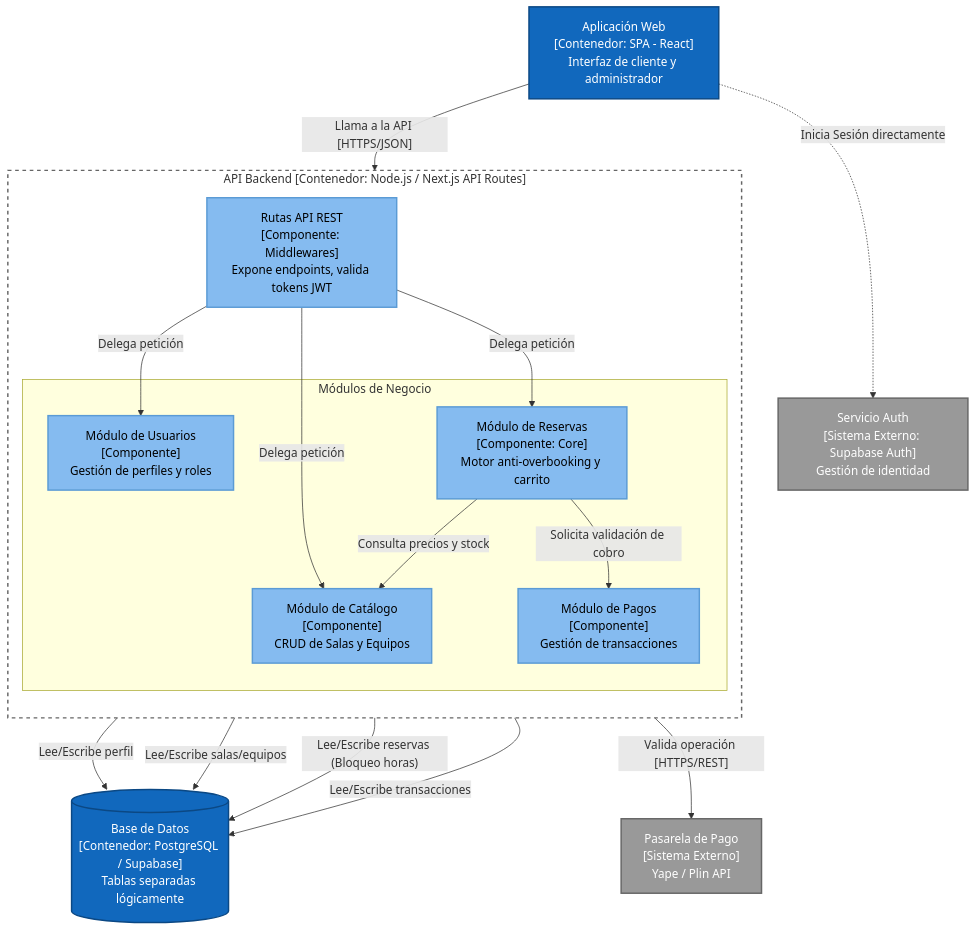
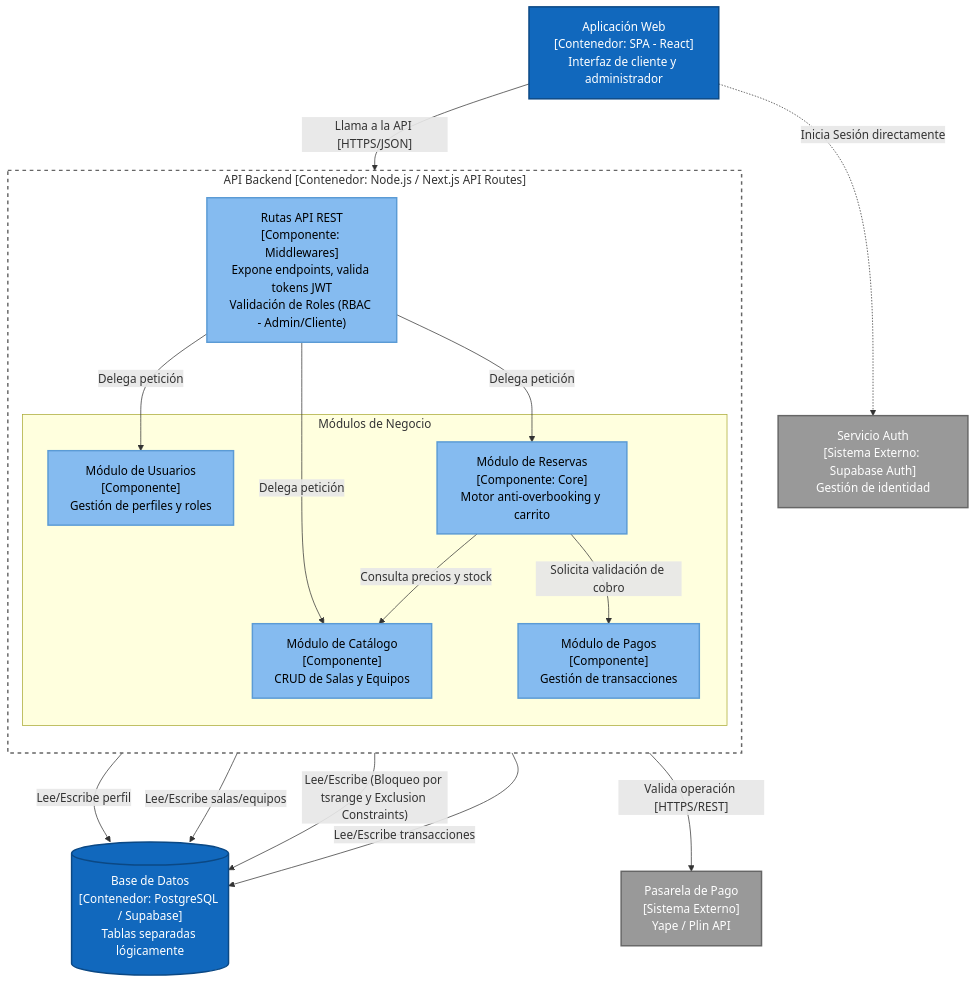
One commit to MancillaLui/app-reservas-salas-ayacucho changed the diagram in 04-modelo-c4/nivel_3_diagrama_de_componentes.md. Above: the diagram before and after it, drawn with Mermaid. The commit also changed other lines of this file and 18 other files, not shown here.

````diff
--- a/04-modelo-c4/nivel_3_diagrama_de_componentes.md
+++ b/04-modelo-c4/nivel_3_diagrama_de_componentes.md
@@ -25,57 +25,57 @@
 ```mermaid
 flowchart TD;
 
     %% Actores y Frontend
     Web["Aplicación Web\n[Contenedor: SPA - React]\nInterfaz de cliente y administrador"]
     
     %% Contenedor Detallado
     subgraph API_BACKEND ["API Backend [Contenedor: Node.js / Next.js API Routes]"]
         direction TB
         
-        Router["Rutas API REST\n[Componente: Middlewares]\nExpone endpoints, valida tokens JWT"]
+        Router["Rutas API REST\n[Componente: Middlewares]\nExpone endpoints, valida tokens JWT<br>Validación de Roles (RBAC - Admin/Cliente)"]
         
         subgraph Modulos ["Módulos de Negocio"]
             Usuarios["Módulo de Usuarios\n[Componente]\nGestión de perfiles y roles"]
             Catalogo["Módulo de Catálogo\n[Componente]\nCRUD de Salas y Equipos"]
             Reservas["Módulo de Reservas\n[Componente: Core]\nMotor anti-overbooking y carrito"]
             Pagos["Módulo de Pagos\n[Componente]\nGestión de transacciones"]
         end
     end
     
     %% Sistemas Externos y Base de Datos
     BD[("Base de Datos\n[Contenedor: PostgreSQL / Supabase]\nTablas separadas lógicamente")]
     Auth["Servicio Auth\n[Sistema Externo: Supabase Auth]\nGestión de identidad"]
     Yape["Pasarela de Pago\n[Sistema Externo]\nYape / Plin API"]
 
     %% Relaciones
     Web -->|"Llama a la API [HTTPS/JSON]"| Router
     Web -.->|"Inicia Sesión directamente"| Auth
     
     Router -->|"Delega petición"| Usuarios
     Router -->|"Delega petición"| Catalogo
     Router -->|"Delega petición"| Reservas
     
     Reservas -->|"Consulta precios y stock"| Catalogo
     Reservas -->|"Solicita validación de cobro"| Pagos
     
     Usuarios -->|"Lee/Escribe perfil"| BD
     Catalogo -->|"Lee/Escribe salas/equipos"| BD
-    Reservas -->|"Lee/Escribe reservas (Bloqueo horas)"| BD
+    Reservas -->|"Lee/Escribe (Bloqueo por tsrange y Exclusion Constraints)"| BD
     Pagos -->|"Lee/Escribe transacciones"| BD
     
     Pagos -->|"Valida operación [HTTPS/REST]"| Yape
 
     %% Estilos
     classDef frontend fill:#1168bd,color:#fff,stroke:#0b4884,stroke-width:2px;
     classDef contenedor fill:none,stroke:#666,stroke-width:2px,stroke-dasharray: 5 5;
     classDef modulo fill:#85bbf0,color:#000,stroke:#5b9bd5,stroke-width:2px;
     classDef bd fill:#1168bd,color:#fff,stroke:#0b4884,stroke-width:2px,shape:cylinder;
     classDef externo fill:#999999,color:#fff,stroke:#666666,stroke-width:2px;
 
     class Web frontend;
     class API_BACKEND contenedor;
     class Usuarios,Catalogo,Reservas,Pagos,Router modulo;
     class BD bd;
     class Yape,Auth externo;
 
 ```
````
